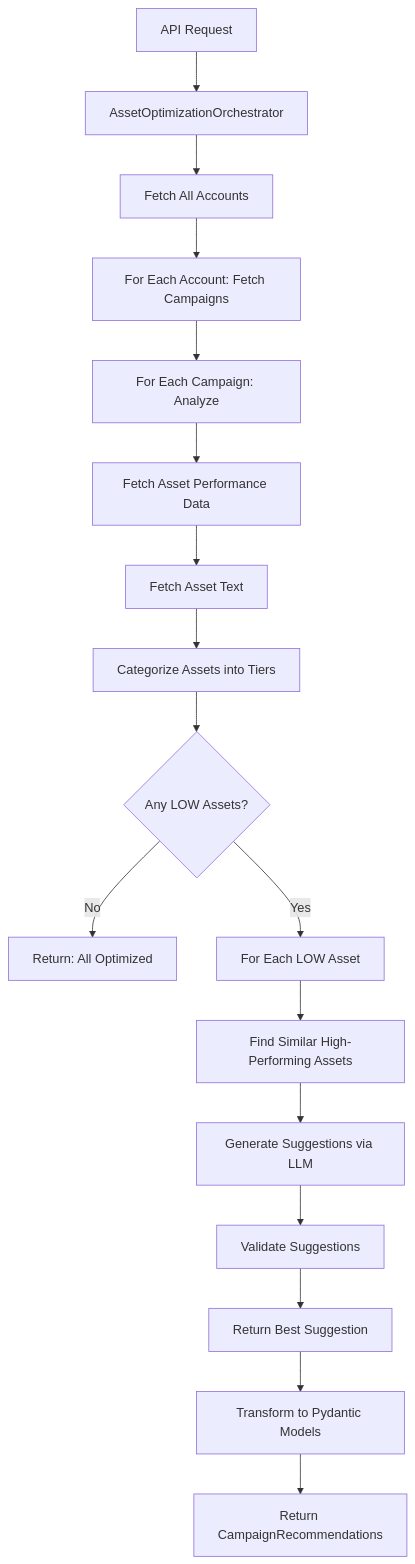
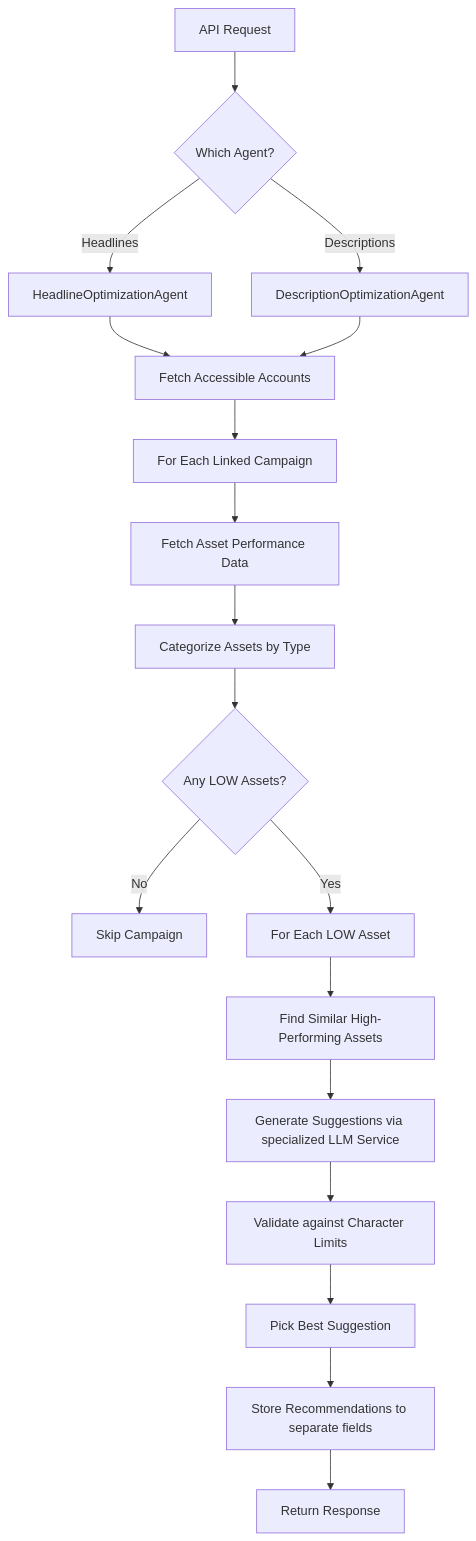
The diagram in docs/asset_optimization_service.md (modlix-india/Adzump-AI), drawn with Mermaid before and after one commit. The commit also changed other lines of this file and 13 other files, not shown here.

Commit message:
wrote seperate APIs for Headlines and Descriptions

````diff
--- a/docs/asset_optimization_service.md
+++ b/docs/asset_optimization_service.md
@@ -24,19 +31,23 @@
 ```mermaid
 graph TD
-    A[API Request] --> B[AssetOptimizationOrchestrator]
-    B --> C[Fetch All Accounts]
-    C --> D[For Each Account: Fetch Campaigns]
-    D --> E[For Each Campaign: Analyze]
-    E --> F[Fetch Asset Performance Data]
-    F --> G[Fetch Asset Text]
-    G --> H[Categorize Assets into Tiers]
+    A[API Request] --> B{Which Agent?}
+    B -->|Headlines| C[HeadlineOptimizationAgent]
+    B -->|Descriptions| D[DescriptionOptimizationAgent]
+    
+    C & D --> E[Fetch Accessible Accounts]
+    E --> F[For Each Linked Campaign]
+    F --> G[Fetch Asset Performance Data]
+    G --> H[Categorize Assets by Type]
     H --> I{Any LOW Assets?}
-    I -->|No| J[Return: All Optimized]
+    
+    I -->|No| J[Skip Campaign]
     I -->|Yes| K[For Each LOW Asset]
+    
     K --> L[Find Similar High-Performing Assets]
-    L --> M[Generate Suggestions via LLM]
-    M --> N[Validate Suggestions]
-    N --> O[Return Best Suggestion]
-    O --> P[Transform to Pydantic Models]
-    P --> Q[Return CampaignRecommendations]
+    L --> M[Generate Suggestions via specialized LLM Service]
+    M --> N[Validate against Character Limits]
+    N --> O[Pick Best Suggestion]
+    
+    O --> P[Store Recommendations to separate fields]
+    P --> Q[Return Response]
 ```
````
